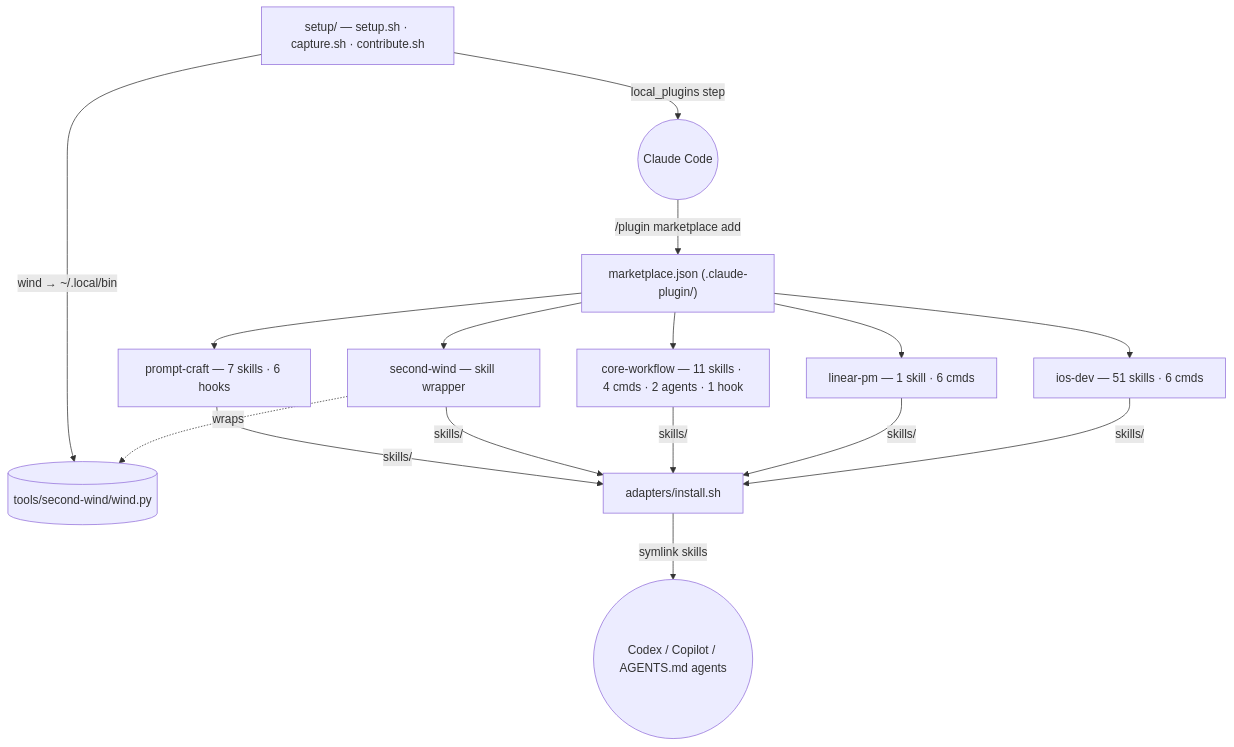
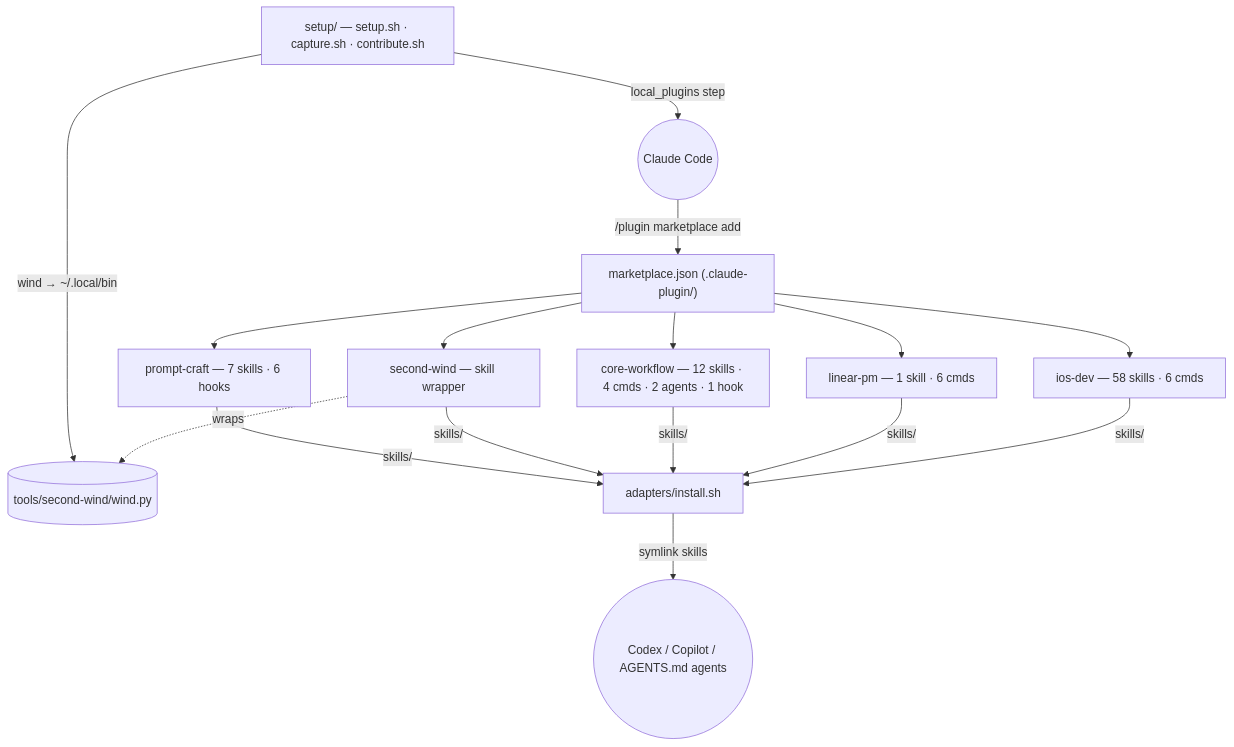
Before and after one commit to abhijitbansal/claude-skills: the diagram in docs/architecture.md, drawn with Mermaid. The commit also changed 11 other files, not shown here.

````diff
--- a/docs/architecture.md
+++ b/docs/architecture.md
@@ -15,22 +15,22 @@
 ```mermaid
 flowchart TD
   MP["marketplace.json (.claude-plugin/)"]
-  IOS["ios-dev — 51 skills · 6 cmds"]
+  IOS["ios-dev — 58 skills · 6 cmds"]
   LIN["linear-pm — 1 skill · 6 cmds"]
-  CW["core-workflow — 11 skills · 4 cmds · 2 agents · 1 hook"]
+  CW["core-workflow — 12 skills · 4 cmds · 2 agents · 1 hook"]
   SW["second-wind — skill wrapper"]
   PC["prompt-craft — 7 skills · 6 hooks"]
   WIND[("tools/second-wind/wind.py")]
   AD["adapters/install.sh"]
   SEED["setup/ — setup.sh · capture.sh · contribute.sh"]
   CC(("Claude Code"))
   OTHER(("Codex / Copilot / AGENTS.md agents"))
 
   MP --> IOS & LIN & CW & SW & PC
   SW -.->|wraps| WIND
   CC -->|"/plugin marketplace add"| MP
   SEED -->|local_plugins step| CC
   SEED -->|"wind → ~/.local/bin"| WIND
   AD -->|symlink skills| OTHER
   IOS & LIN & CW & SW & PC -->|skills/| AD
 ```
````
